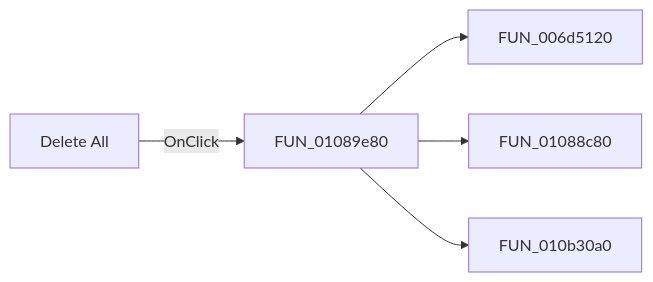
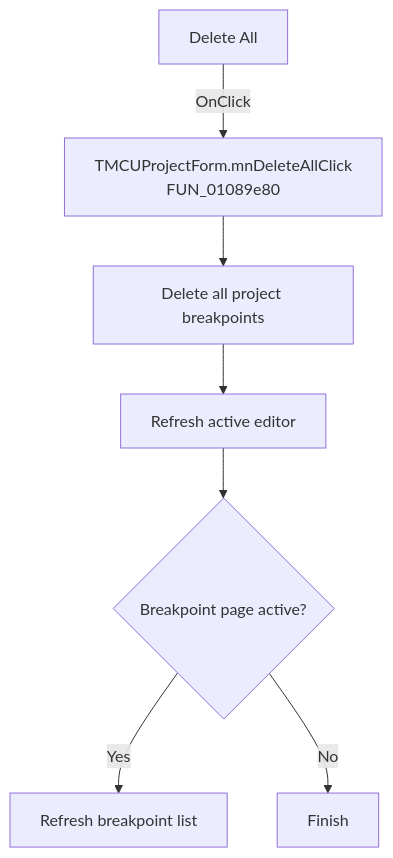
One commit to MovGP0/TIARA changed the diagram in docs/ui-controls/mcuprojectform/mndeleteall-d033ff2cf3.md. Above: the diagram before and after it, drawn with Mermaid. The commit also changed other lines of this file and 1062 other files, not shown here.

````diff
--- a/docs/ui-controls/mcuprojectform/mndeleteall-d033ff2cf3.md
+++ b/docs/ui-controls/mcuprojectform/mndeleteall-d033ff2cf3.md
@@ -27,7 +27,9 @@
 ```mermaid
-flowchart LR
-    control["Delete All"] -->|OnClick| handler["FUN_01089e80"]
-    handler --> call1["FUN_006d5120"]
-    handler --> call2["FUN_01088c80"]
-    handler --> call3["FUN_010b30a0"]
+flowchart TD
+    control["Delete All"] -->|OnClick| handler["TMCUProjectForm.mnDeleteAllClick<br/>FUN_01089e80"]
+    handler --> delete["Delete all project breakpoints"]
+    delete --> editor["Refresh active editor"]
+    editor --> page{"Breakpoint page active?"}
+    page -->|Yes| panel["Refresh breakpoint list"]
+    page -->|No| done["Finish"]
 ```
````
